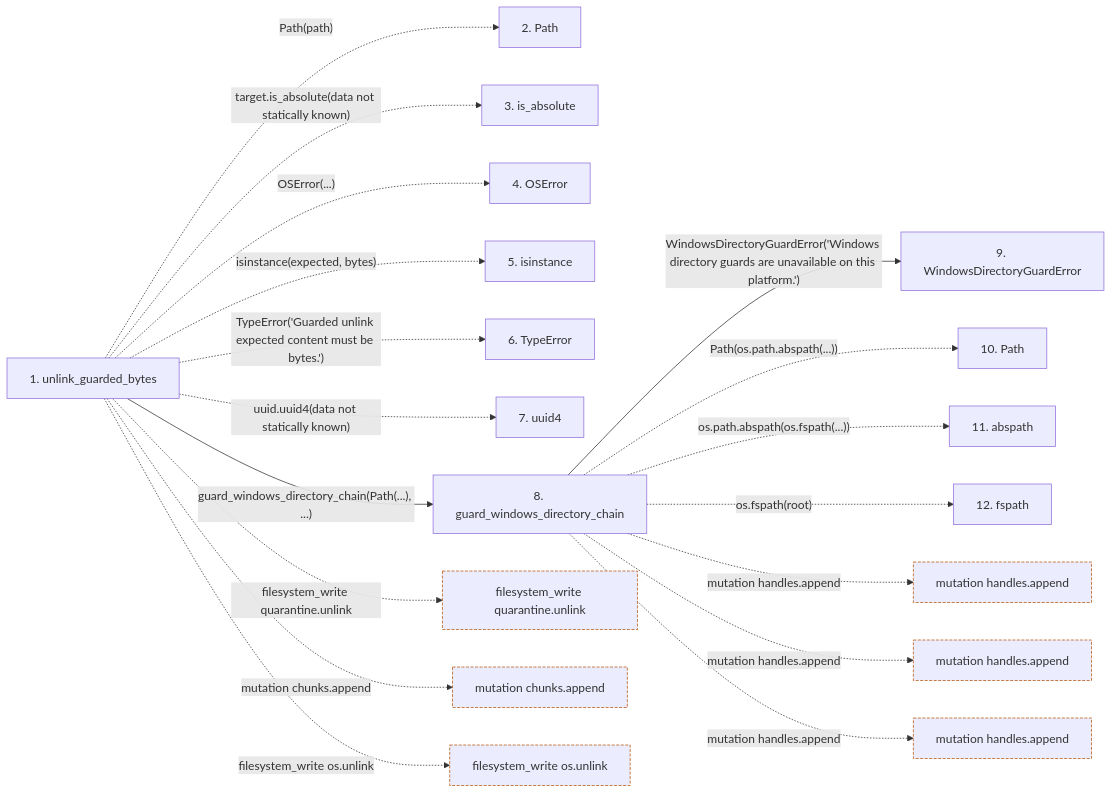
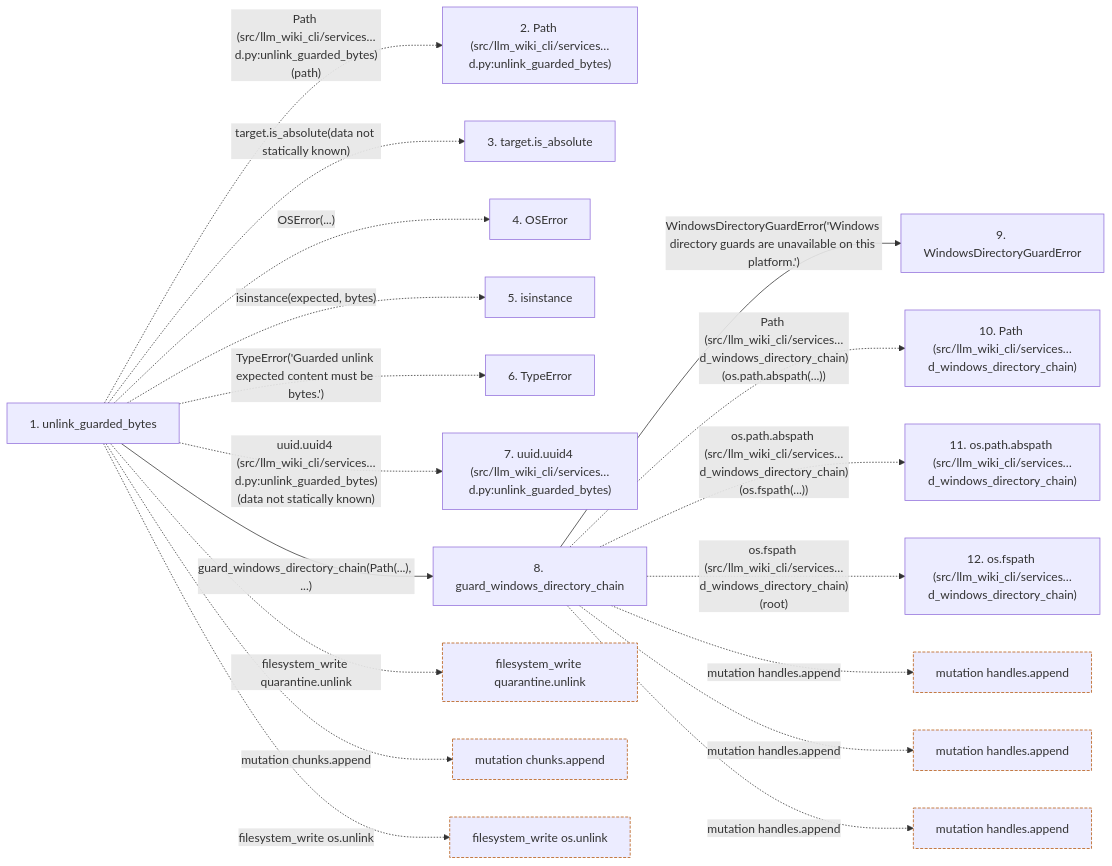
Before and after one commit to Denissvgn/python-wiki-llm: the second of 2 diagrams in docs/llm_wiki/flows/api-unlink_guarded_bytes.md, drawn with Mermaid. The commit also changed other lines of this file and 719 other files, not shown here.

````diff
--- a/docs/llm_wiki/flows/api-unlink_guarded_bytes.md
+++ b/docs/llm_wiki/flows/api-unlink_guarded_bytes.md
@@ -73,48 +76,48 @@
 ```mermaid
 flowchart LR
     s1["1. unlink_guarded_bytes"]
-    s2["2. Path"]
-    s3["3. is_absolute"]
+    s2["2. Path (src/llm_wiki_cli/services…d.py:unlink_guarded_bytes)"]
+    s3["3. target.is_absolute"]
     s4["4. OSError"]
     s5["5. isinstance"]
     s6["6. TypeError"]
-    s7["7. uuid4"]
+    s7["7. uuid.uuid4 (src/llm_wiki_cli/services…d.py:unlink_guarded_bytes)"]
     s8["8. guard_windows_directory_chain"]
     s9["9. WindowsDirectoryGuardError"]
-    s10["10. Path"]
-    s11["11. abspath"]
-    s12["12. fspath"]
-    s1 -. "Path(path)" .-> s2
+    s10["10. Path (src/llm_wiki_cli/services…d_windows_directory_chain)"]
+    s11["11. os.path.abspath (src/llm_wiki_cli/services…d_windows_directory_chain)"]
+    s12["12. os.fspath (src/llm_wiki_cli/services…d_windows_directory_chain)"]
+    s1 -. "Path (src/llm_wiki_cli/services…d.py:unlink_guarded_bytes)(path)" .-> s2
     s1 -. "target.is_absolute(data not statically known)" .-> s3
     s1 -. "OSError(...)" .-> s4
     s1 -. "isinstance(expected, bytes)" .-> s5
     s1 -. "TypeError('Guarded unlink expected content must be bytes.')" .-> s6
-    s1 -. "uuid.uuid4(data not statically known)" .-> s7
+    s1 -. "uuid.uuid4 (src/llm_wiki_cli/services…d.py:unlink_guarded_bytes)(data not statically known)" .-> s7
     s1 -->|"guard_windows_directory_chain(Path(...), ...)"| s8
     s8 -->|"WindowsDirectoryGuardError('Windows directory guards are unavailable on this platform.')"| s9
-    s8 -. "Path(os.path.abspath(...))" .-> s10
-    s8 -. "os.path.abspath(os.fspath(...))" .-> s11
-    s8 -. "os.fspath(root)" .-> s12
+    s8 -. "Path (src/llm_wiki_cli/services…d_windows_directory_chain)(os.path.abspath(...))" .-> s10
+    s8 -. "os.path.abspath (src/llm_wiki_cli/services…d_windows_directory_chain)(os.fspath(...))" .-> s11
+    s8 -. "os.fspath (src/llm_wiki_cli/services…d_windows_directory_chain)(root)" .-> s12
     b0["filesystem_write quarantine.unlink"]
     s1 -. "filesystem_write quarantine.unlink" .-> b0
     b1["mutation chunks.append"]
     s1 -. "mutation chunks.append" .-> b1
     b2["filesystem_write os.unlink"]
     s1 -. "filesystem_write os.unlink" .-> b2
     b3["mutation handles.append"]
     s8 -. "mutation handles.append" .-> b3
     b4["mutation handles.append"]
     s8 -. "mutation handles.append" .-> b4
     b5["mutation handles.append"]
     s8 -. "mutation handles.append" .-> b5
     click s1 "../modules/filesystem_guard.md"
     click s8 "../modules/filesystem_guard.md"
     click s9 "../modules/filesystem_guard.md"
     classDef boundary stroke:#b45309,stroke-dasharray: 4 2
     class b0 boundary
     class b1 boundary
     class b2 boundary
     class b3 boundary
     class b4 boundary
     class b5 boundary
 ```
````
